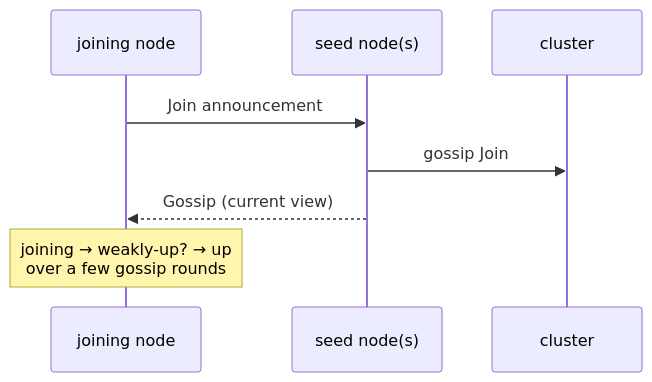
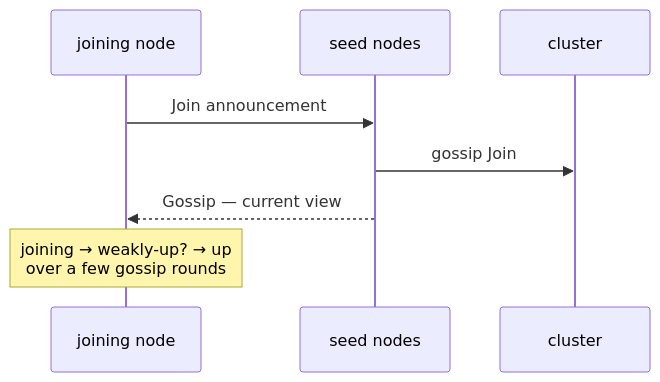
One commit to pathosDev/actor-ts changed the first of 2 diagrams in docs/src/content/docs/cluster/joining-and-seeds.mdx. Above: the diagram before and after it, drawn with Mermaid. The commit also changed 8 other files, not shown here.

First line of the commit message:
docs(sharding,singleton): convert ASCII diagrams to Mermaid

````diff
--- a/docs/src/content/docs/cluster/joining-and-seeds.mdx
+++ b/docs/src/content/docs/cluster/joining-and-seeds.mdx
@@ -11,10 +11,10 @@
 ```mermaid
 sequenceDiagram
   participant J as joining node
-  participant S as seed node(s)
+  participant S as seed nodes
   participant C as cluster
   J->>S: Join announcement
   S->>C: gossip Join
-  S-->>J: Gossip (current view)
+  S-->>J: Gossip — current view
   Note over J: joining → weakly-up? → up<br/>over a few gossip rounds
 ```
````
